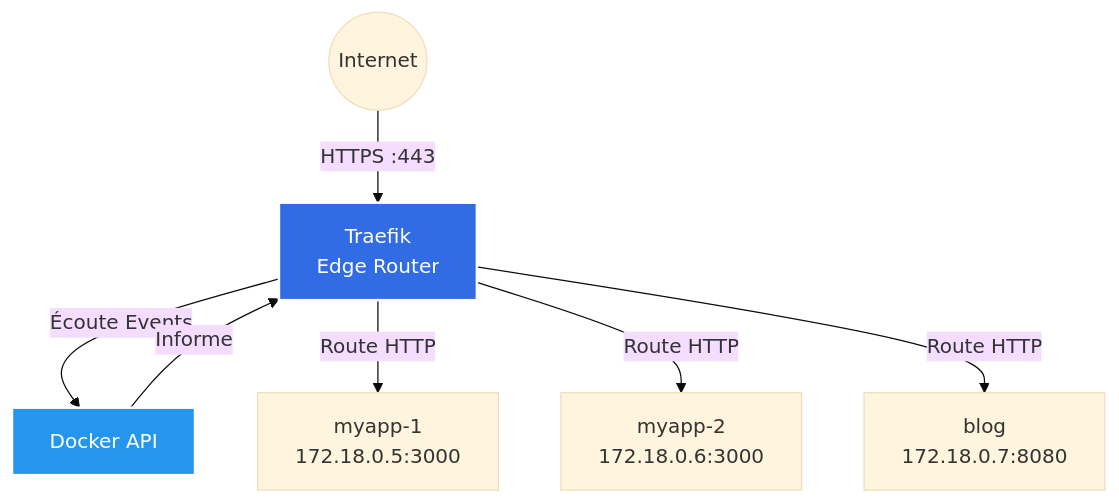
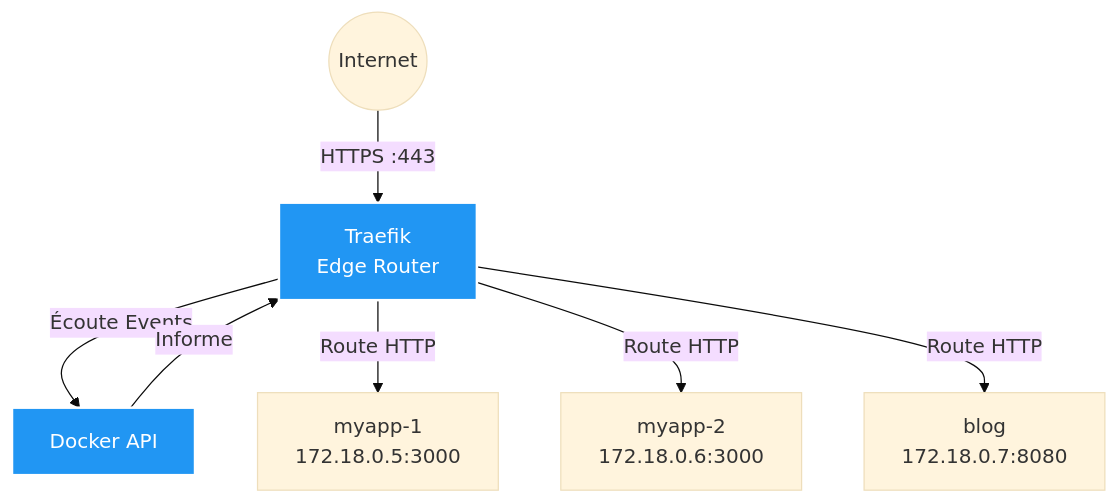
The second of 4 diagrams in docs/devops/modern-networking.md (VBlackJack/ShellBook), drawn with Mermaid (base theme) before and after one commit. The commit also changed other lines of this file and 337 other files, not shown here.

First line of the commit message:
refactor(docs): Standardize code blocks and Mermaid colors

````diff
--- a/docs/devops/modern-networking.md
+++ b/docs/devops/modern-networking.md
@@ -97,12 +97,12 @@
 ```mermaid
 graph TB
     Internet((Internet)) -->|HTTPS :443| Traefik[Traefik<br/>Edge Router]
     Traefik -->|Écoute Events| Docker[Docker API]
     Docker -->|Informe| Traefik
     Traefik -->|Route HTTP| App1[myapp-1<br/>172.18.0.5:3000]
     Traefik -->|Route HTTP| App2[myapp-2<br/>172.18.0.6:3000]
     Traefik -->|Route HTTP| App3[blog<br/>172.18.0.7:8080]
 
-    style Traefik fill:#326ce5,stroke:#fff,stroke-width:2px,color:#fff
-    style Docker fill:#2496ed,stroke:#fff,stroke-width:2px,color:#fff
+    style Traefik fill:#2196F3,stroke:#fff,stroke-width:2px,color:#fff
+    style Docker fill:#2196F3,stroke:#fff,stroke-width:2px,color:#fff
 ```
````
